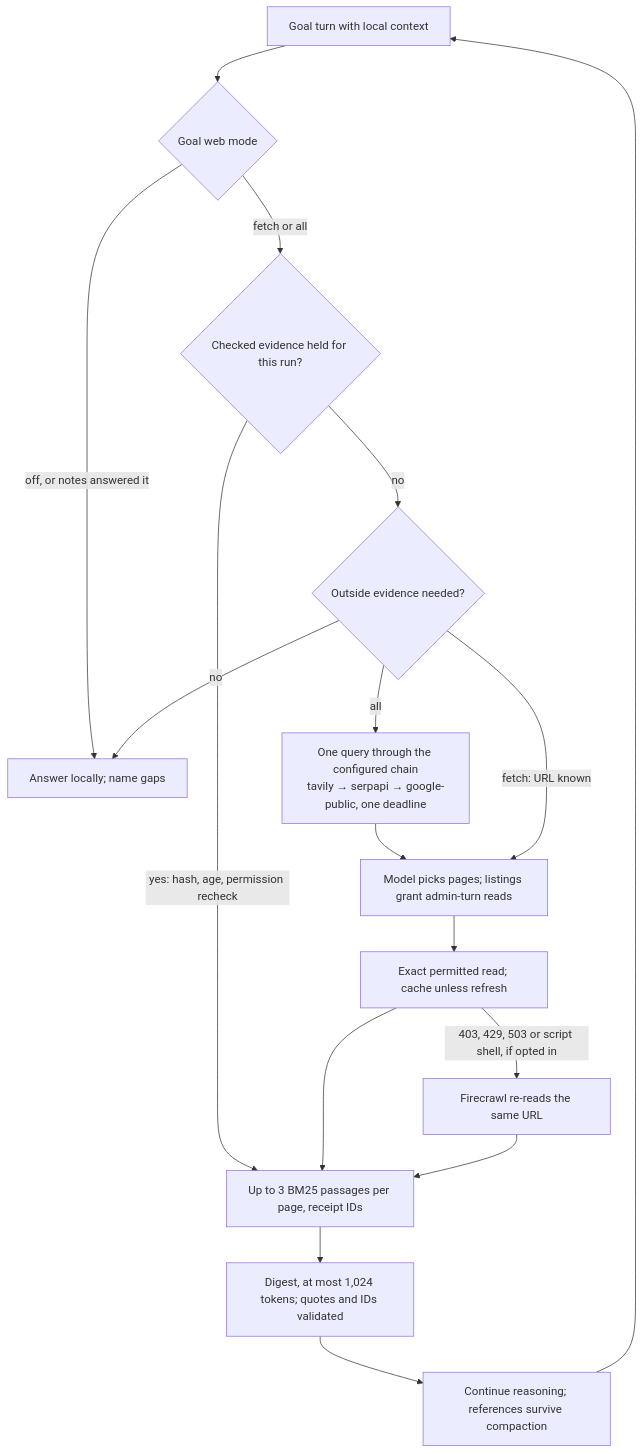
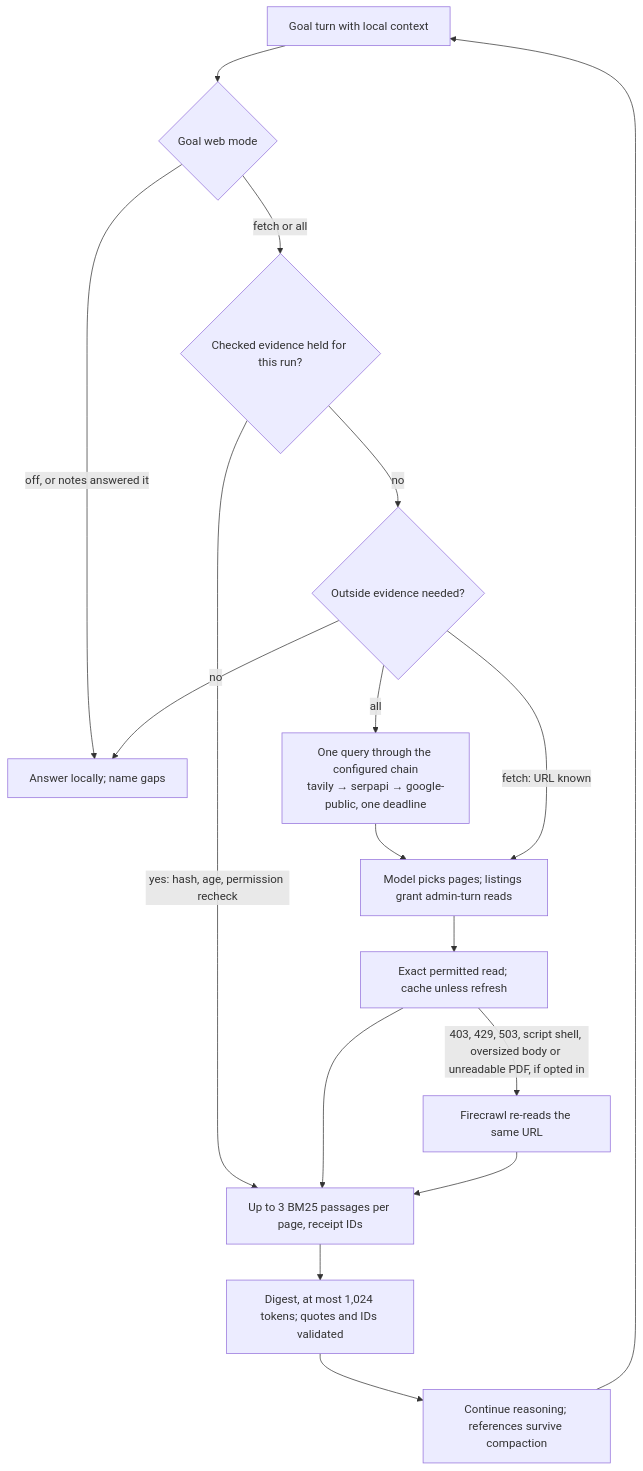
Before and after one commit to cgfixit/CG-agent-harness: the diagram in README.md, drawn with Mermaid. The commit also changed 5 other files, not shown here.

First line of the commit message:
[docs] - Sync the map, README flow and lifecycle guide with the PDF worker and Firecrawl triggers

````diff
--- a/README.md
+++ b/README.md
@@ -32,19 +32,19 @@
 ```mermaid
 flowchart TD
     A[Goal turn with local context] --> B{Goal web mode}
     B -->|off, or notes answered it| C[Answer locally; name gaps]
     B -->|fetch or all| D{Checked evidence held for this run?}
     D -->|yes: hash, age, permission recheck| H
     D -->|no| E{Outside evidence needed?}
     E -->|no| C
     E -->|all| F[One query through the configured chain<br/>tavily → serpapi → google-public, one deadline]
     F --> G[Model picks pages; listings grant admin-turn reads]
     E -->|fetch: URL known| G
     G --> I[Exact permitted read; cache unless refresh]
-    I -->|403, 429, 503 or script shell, if opted in| J[Firecrawl re-reads the same URL]
+    I -->|403, 429, 503, script shell, oversized body or unreadable PDF, if opted in| J[Firecrawl re-reads the same URL]
     I --> H[Up to 3 BM25 passages per page, receipt IDs]
     J --> H
     H --> K[Digest, at most 1,024 tokens; quotes and IDs validated]
     K --> L[Continue reasoning; references survive compaction]
     L --> A
 ```
````
